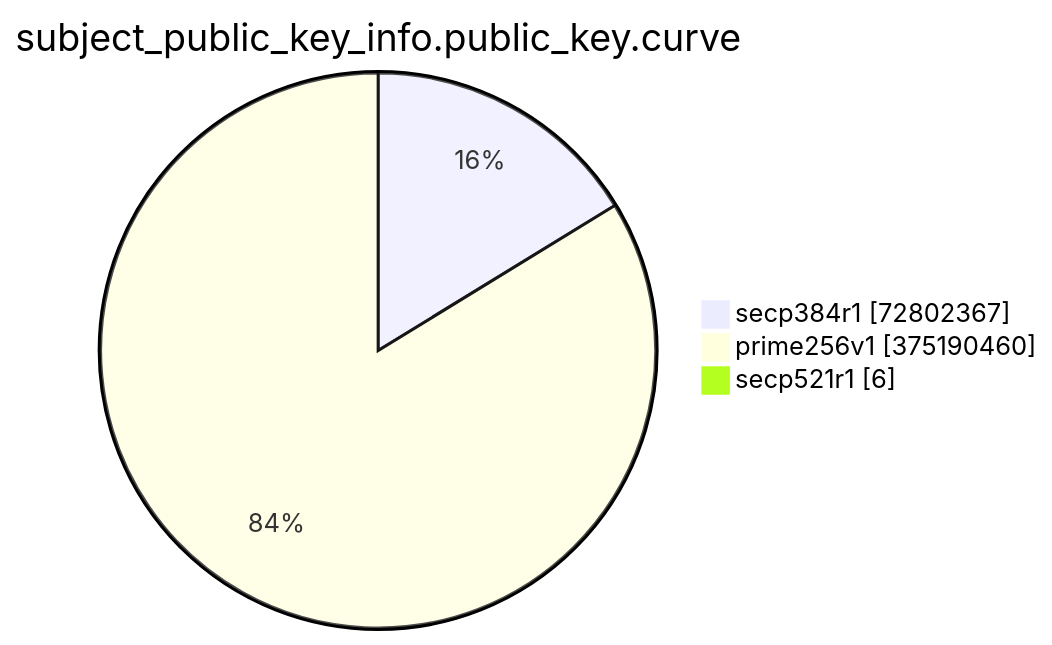
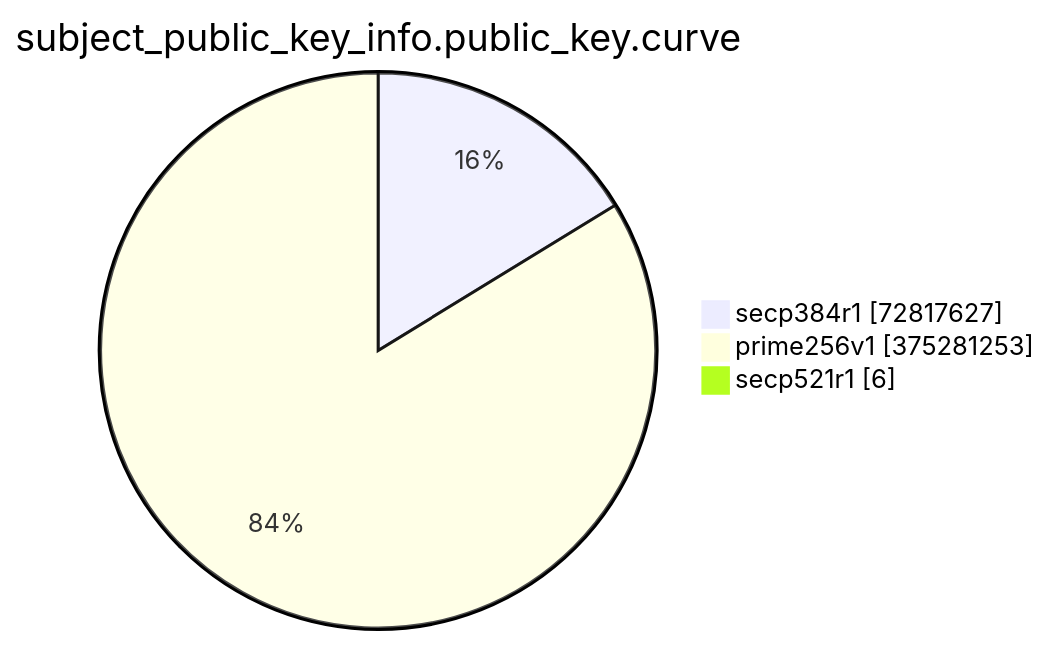
One commit to christiankrug/ctmonitor_visualization changed the eighth of 15 diagrams in TOTAL/README.md. Above: the diagram before and after it, drawn with Mermaid. The commit also changed other lines of this file, not shown here.

````diff
--- a/TOTAL/README.md
+++ b/TOTAL/README.md
@@ -3094,7 +3094,7 @@
 ```mermaid
 pie showData
 title subject_public_key_info.public_key.curve
-"secp384r1" :72802367
-"prime256v1" :375190460
+"secp384r1" :72817627
+"prime256v1" :375281253
 "secp521r1" :6
 ```
````
